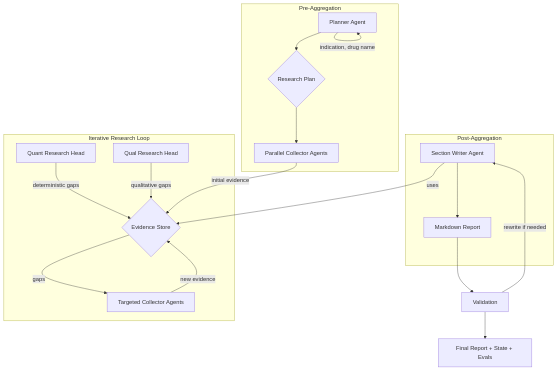
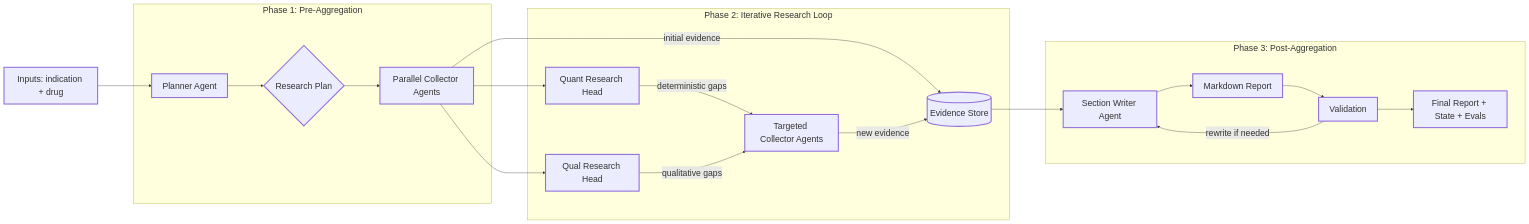
Before and after one commit to dodgituser/dod-deep-research: the diagram in docs/architecture.md, drawn with Mermaid. The commit also changed 24 other files, not shown here.

````diff
--- a/docs/architecture.md
+++ b/docs/architecture.md
@@ -1,25 +1,36 @@
 ```mermaid
-graph TD
-    subgraph "Pre-Aggregation"
-        A[Planner Agent] --> B{Research Plan};
-        B --> C[Parallel Collector Agents];
+%%{init: {"themeVariables": {"fontSize": "24px"}, "flowchart": {"nodeSpacing": 140, "rankSpacing": 100, "diagramPadding": 50}} }%%
+flowchart LR
+    U[Inputs: indication + drug]
+
+    subgraph P1[Phase 1: Pre-Aggregation]
+        A[Planner Agent] --> B{Research Plan}
+        B --> C[Parallel Collector Agents]
     end
 
-    subgraph "Iterative Research Loop"
-        D1[Quant Research Head] -- deterministic gaps --> E{Evidence Store};
-        D2[Qual Research Head] -- qualitative gaps --> E;
-        E -- gaps --> F[Targeted Collector Agents];
-        F -- new evidence --> E;
+    subgraph P2[Phase 2: Iterative Research Loop]
+        E[(Evidence Store)]
+        D1[Quant Research Head]
+        D2[Qual Research Head]
+        F[Targeted Collector Agents]
+        C -- initial evidence --> E
+        C --> D1
+        C --> D2
+        D1 -- deterministic gaps --> F
+        D2 -- qualitative gaps --> F
+        F -- new evidence --> E
     end
 
-    subgraph "Post-Aggregation"
-        G[Section Writer Agent] -- uses --> E;
-        G --> H[Markdown Report];
+    subgraph P3[Phase 3: Post-Aggregation]
+        G[Section Writer Agent] --> H[Markdown Report]
+        H --> I[Validation]
+        I -- rewrite if needed --> G
+        I --> J[Final Report + State + Evals]
     end
 
-    C -- initial evidence --> E;
-    A -- indication, drug name --> A;
-    H --> I[Validation];
-    I -- rewrite if needed --> G;
-    I --> J[Final Report + State + Evals];
+    U --> A
+    E --> G
+
+    classDef big font-size:24px,stroke-width:3px;
+    class U,A,B,C,D1,D2,E,F,G,H,I,J big;
 ```
````
